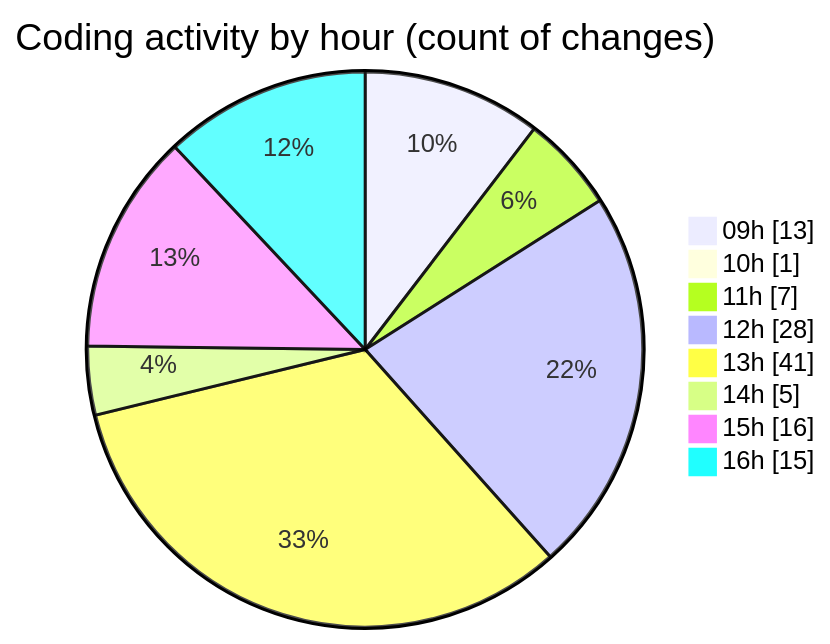
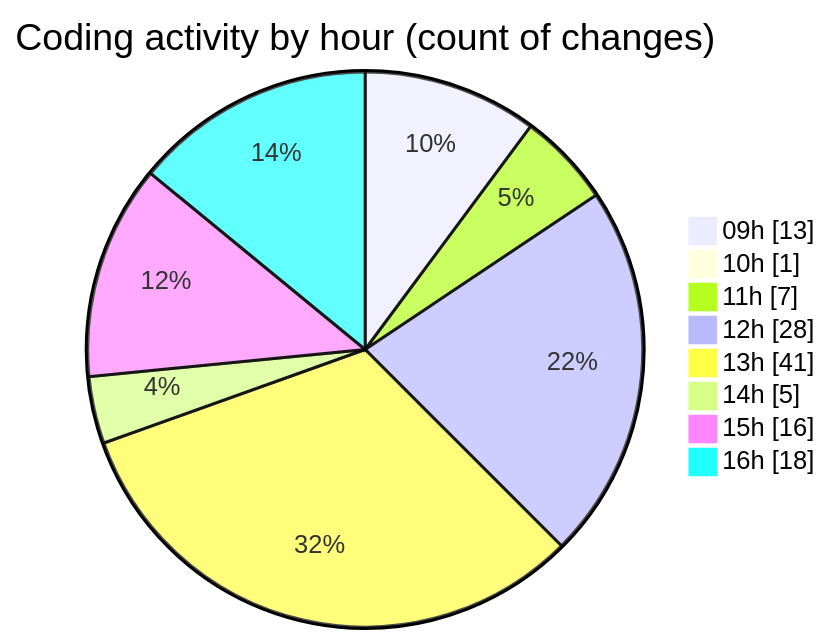
Before and after one commit to momahboobian/code-tracking: the second of 2 diagrams in 2025-05-12/cda/README.md, drawn with Mermaid. The commit also changed other lines of this file and 1 other file, not shown here.

````diff
--- a/2025-05-12/cda/README.md
+++ b/2025-05-12/cda/README.md
@@ -41,12 +44,12 @@
 ```mermaid
 pie showData
 title Coding activity by hour (count of changes)
 "09h" : 13
 "10h" : 1
 "11h" : 7
 "12h" : 28
 "13h" : 41
 "14h" : 5
 "15h" : 16
-"16h" : 15
+"16h" : 18
 ```
````
